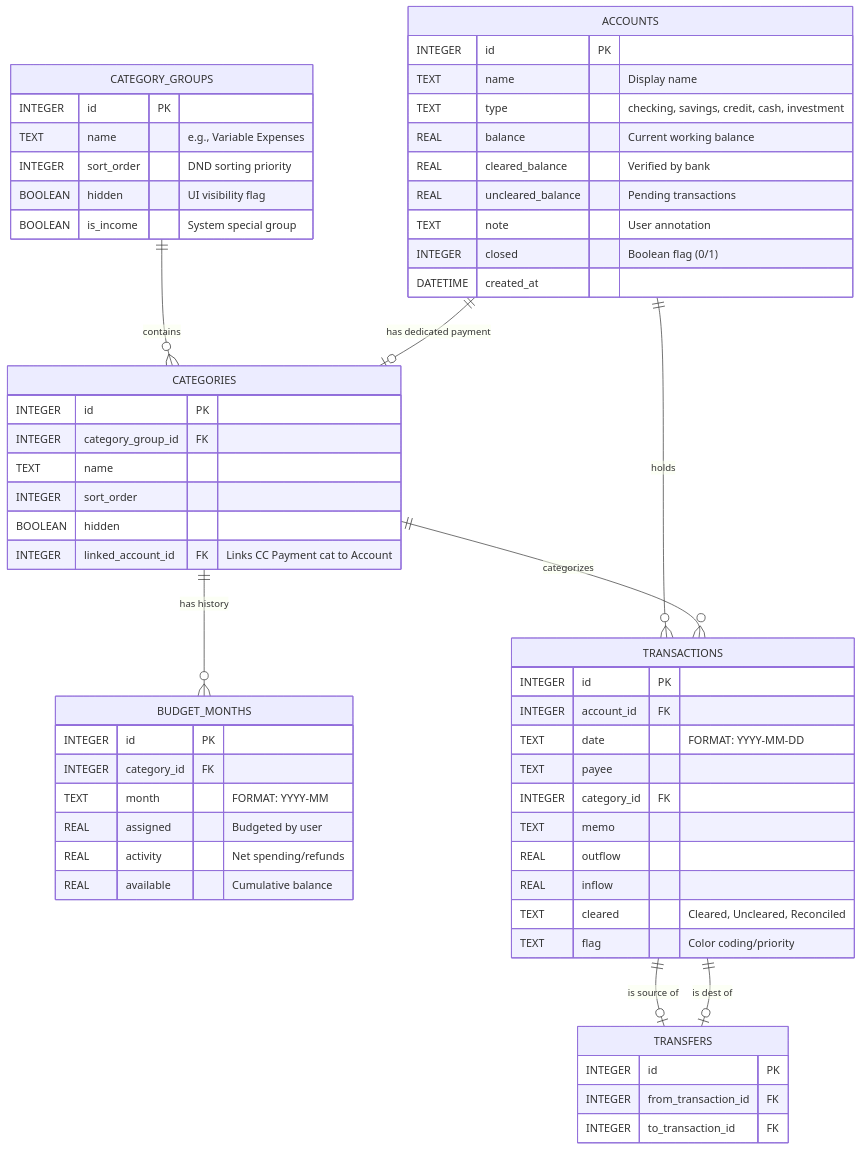
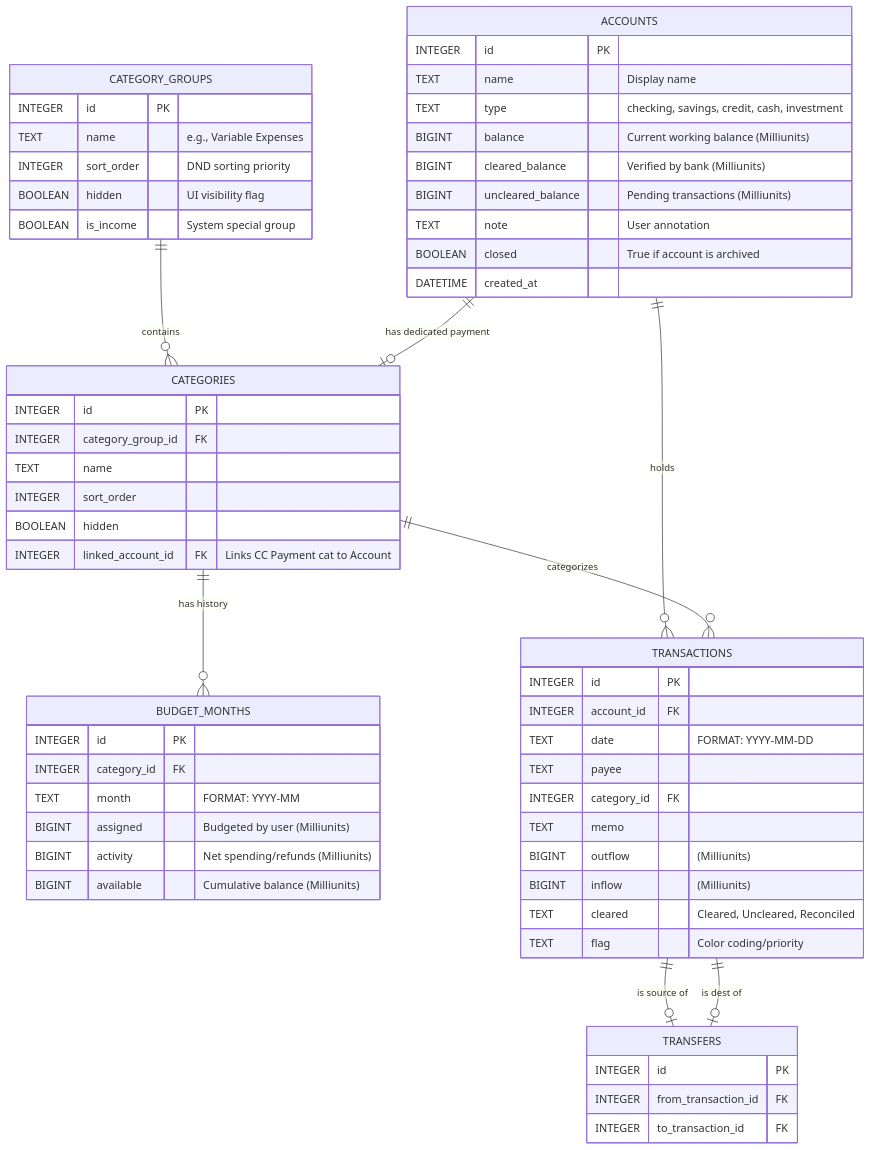
Before and after one commit to camilopiedra92/YNAB-Clone: the diagram in docs/data-model.md, drawn with Mermaid. The commit also changed other lines of this file and 122 other files, not shown here.

First line of the commit message:
feat: major architecture refactor — engine layer, repos, DTOs, Drizzle ORM, Playwright E2E

````diff
--- a/docs/data-model.md
+++ b/docs/data-model.md
@@ -7,67 +7,67 @@
 ```mermaid
 erDiagram
     ACCOUNTS {
         INTEGER id PK
         TEXT name "Display name"
         TEXT type "checking, savings, credit, cash, investment"
-        REAL balance "Current working balance"
-        REAL cleared_balance "Verified by bank"
-        REAL uncleared_balance "Pending transactions"
+        BIGINT balance "Current working balance (Milliunits)"
+        BIGINT cleared_balance "Verified by bank (Milliunits)"
+        BIGINT uncleared_balance "Pending transactions (Milliunits)"
         TEXT note "User annotation"
-        INTEGER closed "Boolean flag (0/1)"
+        BOOLEAN closed "True if account is archived"
         DATETIME created_at
     }
 
     CATEGORY_GROUPS {
         INTEGER id PK
         TEXT name "e.g., Variable Expenses"
         INTEGER sort_order "DND sorting priority"
         BOOLEAN hidden "UI visibility flag"
         BOOLEAN is_income "System special group"
     }
 
     CATEGORIES {
         INTEGER id PK
         INTEGER category_group_id FK
         TEXT name
         INTEGER sort_order
         BOOLEAN hidden
         INTEGER linked_account_id FK "Links CC Payment cat to Account"
     }
 
     BUDGET_MONTHS {
         INTEGER id PK
         INTEGER category_id FK
         TEXT month "FORMAT: YYYY-MM"
-        REAL assigned "Budgeted by user"
-        REAL activity "Net spending/refunds"
-        REAL available "Cumulative balance"
+        BIGINT assigned "Budgeted by user (Milliunits)"
+        BIGINT activity "Net spending/refunds (Milliunits)"
+        BIGINT available "Cumulative balance (Milliunits)"
     }
 
     TRANSACTIONS {
         INTEGER id PK
         INTEGER account_id FK
         TEXT date "FORMAT: YYYY-MM-DD"
         TEXT payee
         INTEGER category_id FK
         TEXT memo
-        REAL outflow
-        REAL inflow
+        BIGINT outflow "(Milliunits)"
+        BIGINT inflow "(Milliunits)"
         TEXT cleared "Cleared, Uncleared, Reconciled"
         TEXT flag "Color coding/priority"
     }
 
     TRANSFERS {
         INTEGER id PK
         INTEGER from_transaction_id FK
         INTEGER to_transaction_id FK
     }
 
     ACCOUNTS ||--o{ TRANSACTIONS : "holds"
     CATEGORY_GROUPS ||--o{ CATEGORIES : "contains"
     CATEGORIES ||--o{ BUDGET_MONTHS : "has history"
     CATEGORIES ||--o{ TRANSACTIONS : "categorizes"
     TRANSACTIONS ||--o| TRANSFERS : "is source of"
     TRANSACTIONS ||--o| TRANSFERS : "is dest of"
     ACCOUNTS ||--o| CATEGORIES : "has dedicated payment"
 ```
````
